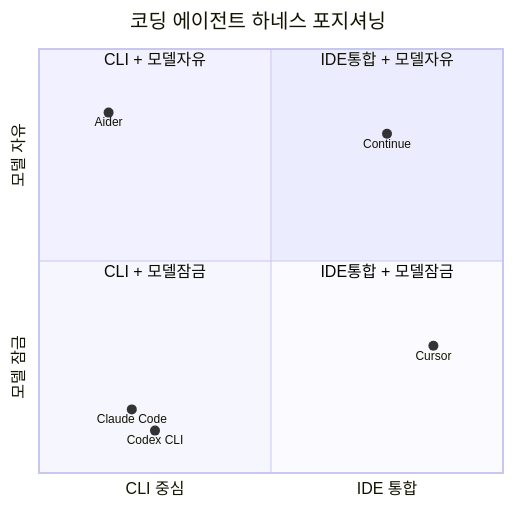
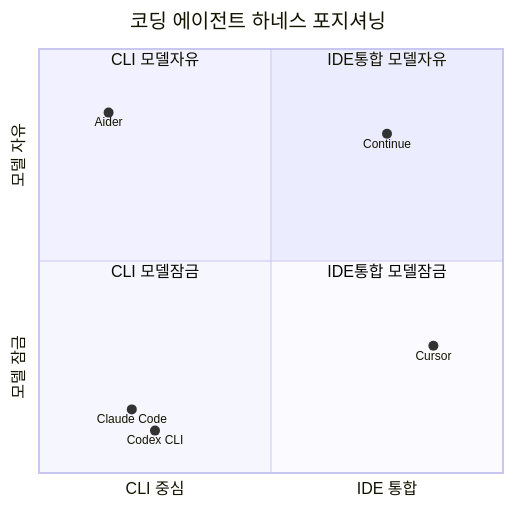
One commit to opobull/withintrend changed the diagram in content/posts/2026-04-30-coding-agent-harness-comparison.md. Above: the diagram before and after it, drawn with Mermaid. The commit also changed 9 other files, not shown here.

Commit message:
Fix Mermaid quadrant chart syntax: remove quotes

````diff
--- a/content/posts/2026-04-30-coding-agent-harness-comparison.md
+++ b/content/posts/2026-04-30-coding-agent-harness-comparison.md
@@ -23,15 +23,15 @@
 ```mermaid
 quadrantChart
     title 코딩 에이전트 하네스 포지셔닝
-    x-axis "CLI 중심" --> "IDE 통합"
-    y-axis "모델 잠금" --> "모델 자유"
-    quadrant-1 IDE통합 + 모델자유
-    quadrant-2 CLI + 모델자유
-    quadrant-3 CLI + 모델잠금
-    quadrant-4 IDE통합 + 모델잠금
-    "Aider": [0.15, 0.85]
-    "Continue": [0.75, 0.80]
-    "Cursor": [0.85, 0.30]
-    "Claude Code": [0.20, 0.15]
-    "Codex CLI": [0.25, 0.10]
+    x-axis CLI 중심 --> IDE 통합
+    y-axis 모델 잠금 --> 모델 자유
+    quadrant-1 IDE통합 모델자유
+    quadrant-2 CLI 모델자유
+    quadrant-3 CLI 모델잠금
+    quadrant-4 IDE통합 모델잠금
+    Aider: [0.15, 0.85]
+    Continue: [0.75, 0.80]
+    Cursor: [0.85, 0.30]
+    Claude Code: [0.20, 0.15]
+    Codex CLI: [0.25, 0.10]
 ```
````
